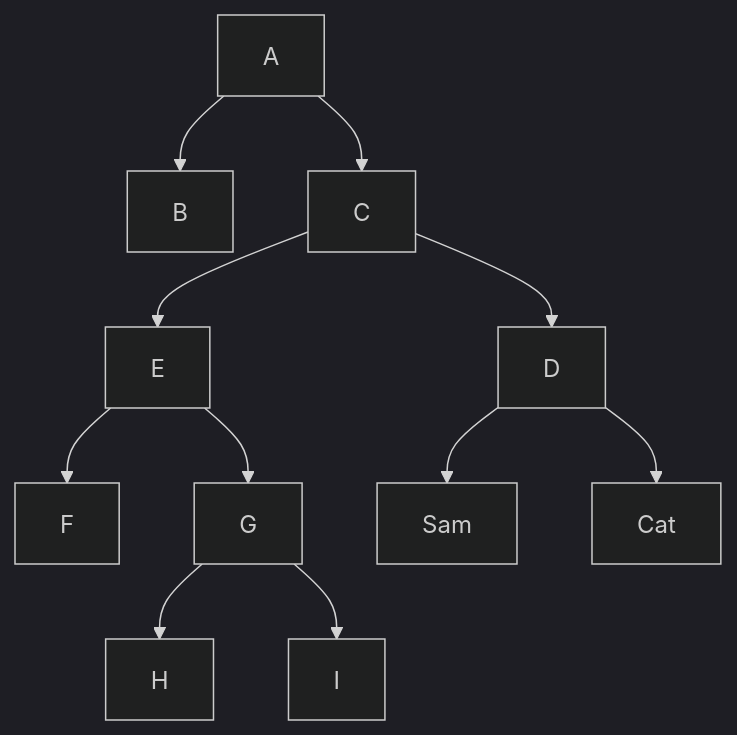
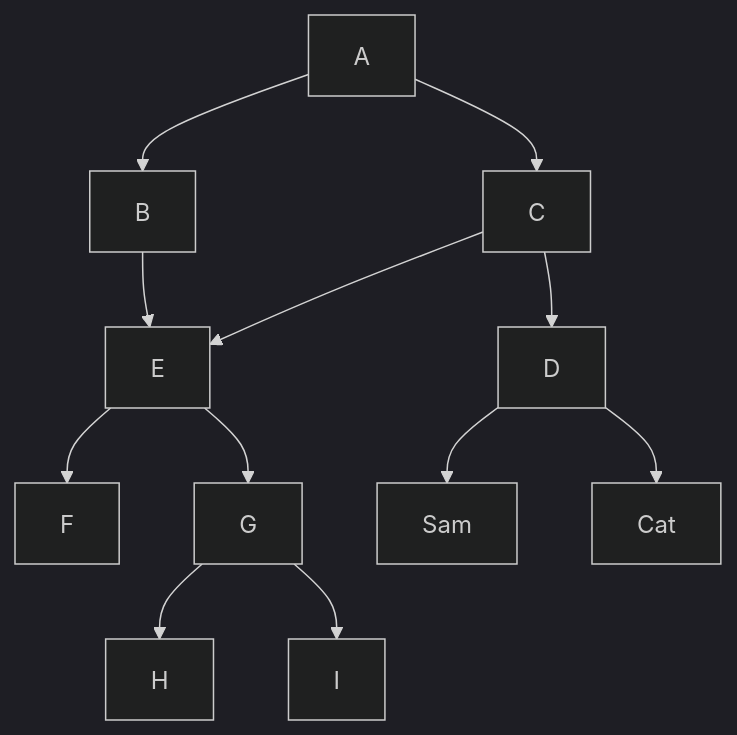
The diagram in readme.md (sammychinedu2ky/Dotnet-Multithreaded-Tree-Data-Copying), drawn with Mermaid (dark theme) before and after one commit.

Commit message:
added some edge cases

````diff
--- a/readme.md
+++ b/readme.md
@@ -2,13 +2,14 @@
 ```mermaid
 graph TD
   A --> B
+  B --> E
   A --> C
   C --> D
   C --> E
   E --> F
   E --> G
   G --> H
   G --> I
   D --> Sam
   D --> Cat
 ```
````
